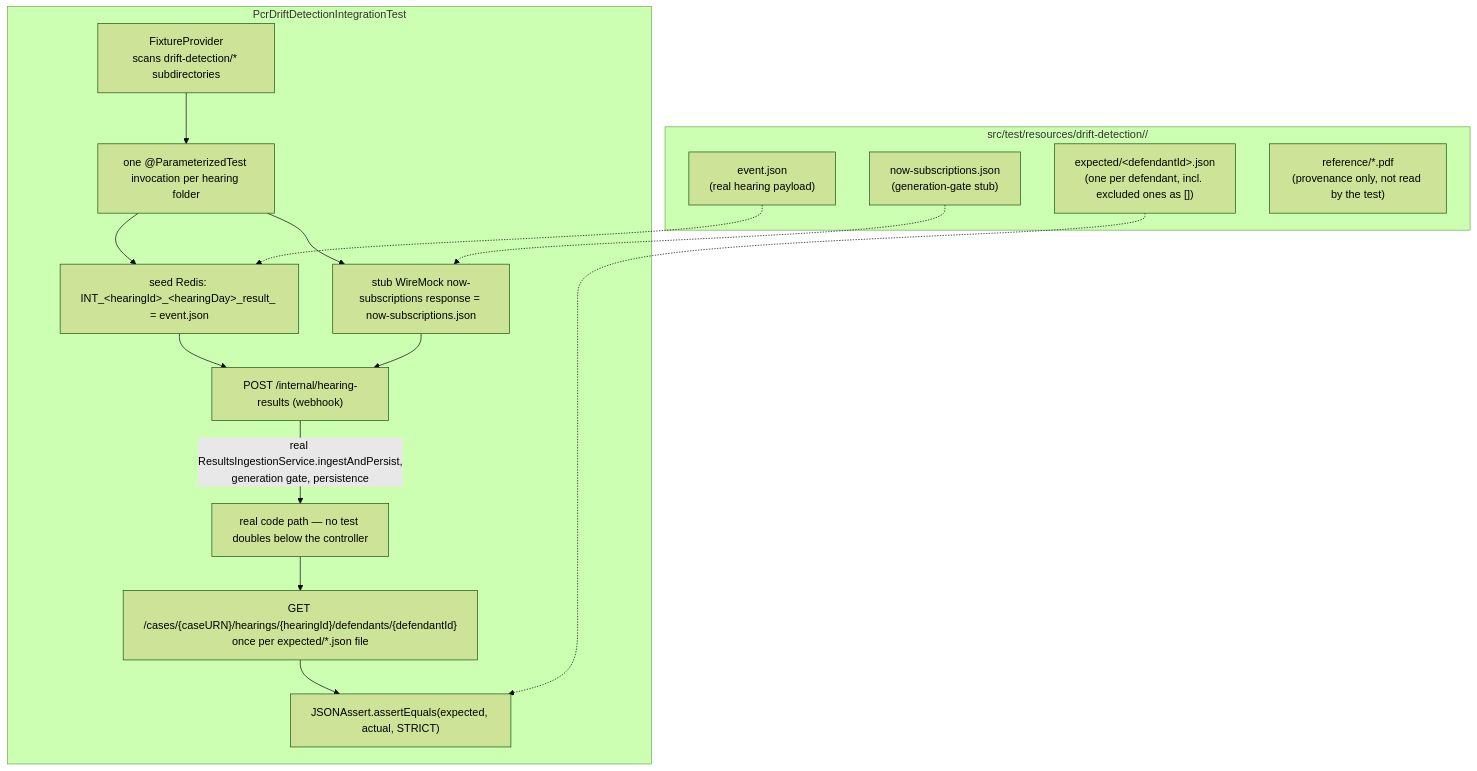
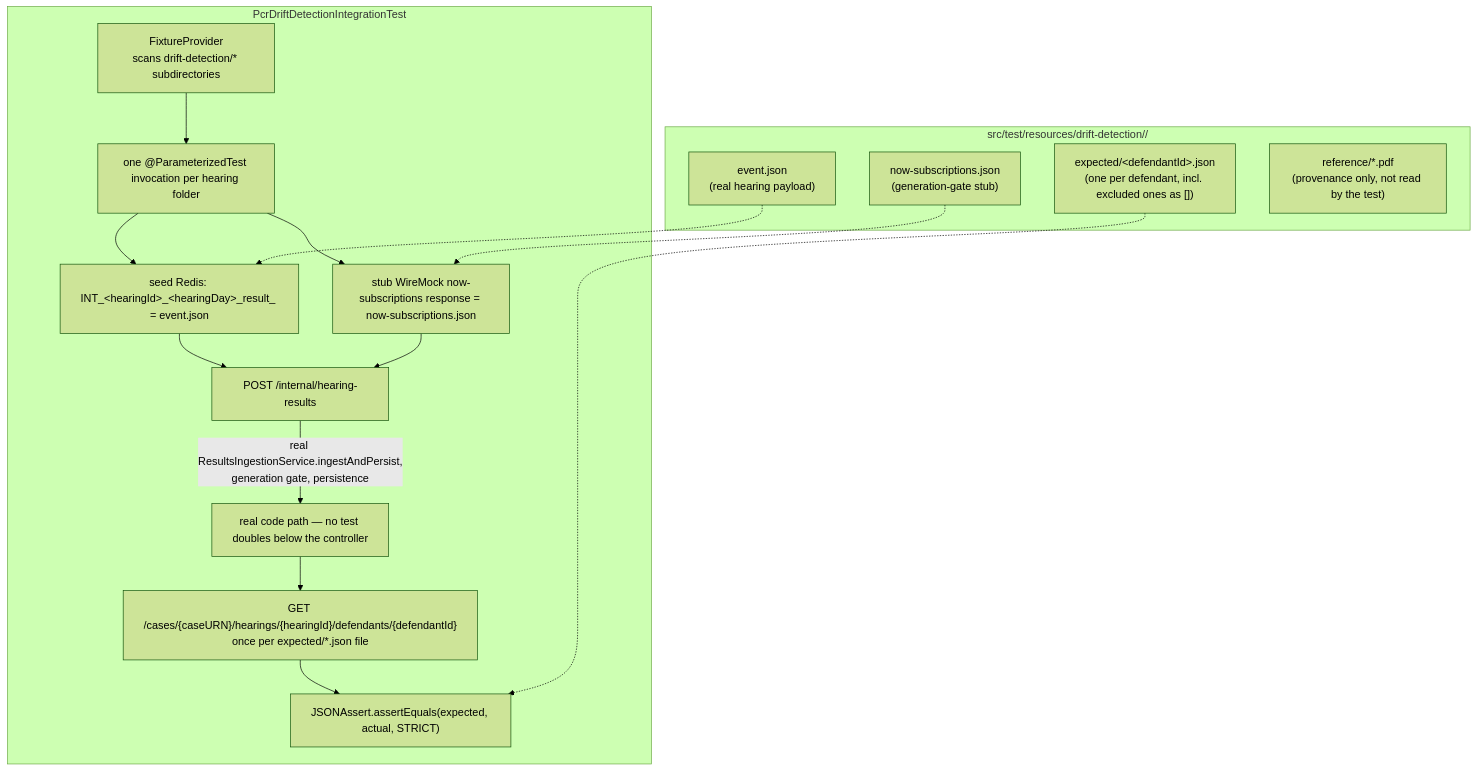
One commit to hmcts/service-cp-crime-results-pcr changed the diagram in docs/designs/2026-07-31-pcr-drift-detection-design.md. Above: the diagram before and after it, drawn with Mermaid (forest theme). The commit also changed other lines of this file and 17 other files, not shown here.

````diff
--- a/docs/designs/2026-07-31-pcr-drift-detection-design.md
+++ b/docs/designs/2026-07-31-pcr-drift-detection-design.md
@@ -29,25 +29,25 @@
 ```mermaid
 flowchart TB
     subgraph Fixture["src/test/resources/drift-detection/<hearing-name>/"]
         Event["event.json<br/>(real hearing payload)"]
         NowSubs["now-subscriptions.json<br/>(generation-gate stub)"]
         Expected["expected/&lt;defendantId&gt;.json<br/>(one per defendant, incl. excluded ones as [])"]
         Ref["reference/*.pdf<br/>(provenance only, not read by the test)"]
     end
 
     subgraph Test["PcrDriftDetectionIntegrationTest"]
         Provider["FixtureProvider<br/>scans drift-detection/* subdirectories"]
         Provider --> Case["one @ParameterizedTest invocation per hearing folder"]
         Case --> Seed["seed Redis: INT_&lt;hearingId&gt;_&lt;hearingDay&gt;_result_ = event.json"]
         Case --> Stub["stub WireMock now-subscriptions response = now-subscriptions.json"]
-        Seed --> Post["POST /internal/hearing-results (webhook)"]
+        Seed --> Post["POST /internal/hearing-results"]
         Stub --> Post
         Post -->|"real ResultsIngestionService.ingestAndPersist,<br/>generation gate, persistence"| Real["real code path — no test doubles below the controller"]
         Real --> Get["GET /cases/{caseURN}/hearings/{hearingId}/defendants/{defendantId}<br/>once per expected/*.json file"]
         Get --> Diff["JSONAssert.assertEquals(expected, actual, STRICT)"]
     end
 
     Event -.-> Seed
     NowSubs -.-> Stub
     Expected -.-> Diff
 ```
````
